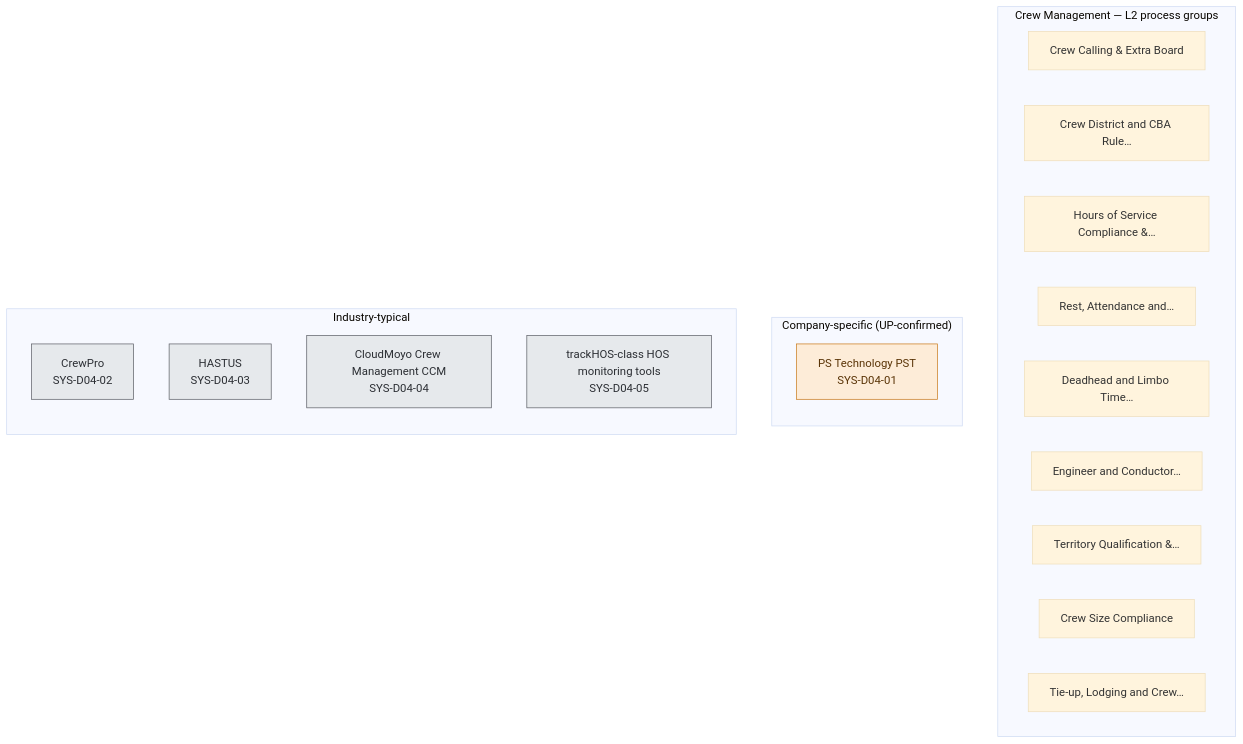
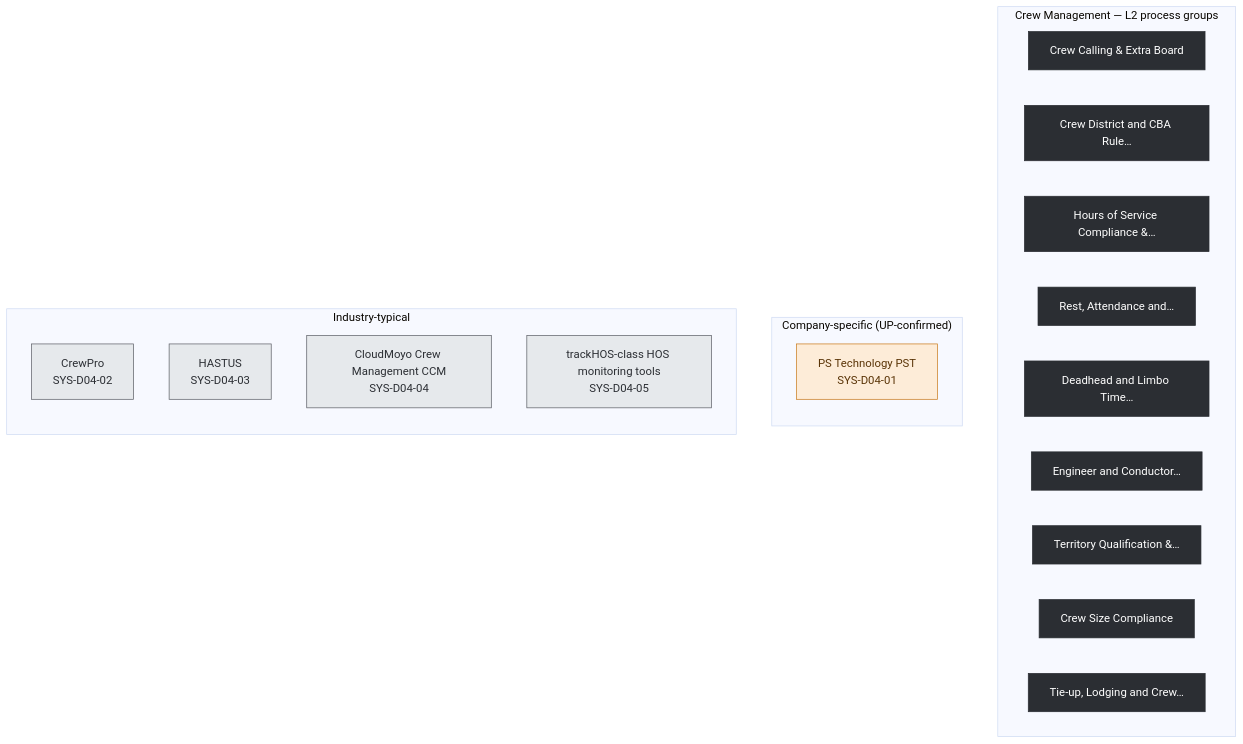
One commit to ghatk047/rail-wiki changed the diagram in ea-diagrams/rr-04-crew-management.mmd. Above: the diagram before and after it, drawn with Mermaid. The commit also changed 474 other files, not shown here.

First line of the commit message:
Fix blurry lightbox zoom; add real usage connectors to EA diagrams

```diff
--- a/ea-diagrams/rr-04-crew-management.mmd
+++ b/ea-diagrams/rr-04-crew-management.mmd
@@ -1,32 +1,35 @@
 %%{init: {'flowchart': {'curve': 'basis'}, 'theme':'base'}}%%
 flowchart TB
 
   subgraph PROCS["Crew Management — L2 process groups"]
     direction LR
-    G1["Crew Calling & Extra Board"]
-    G2["Crew District and CBA Rule…"]
-    G3["Hours of Service Compliance &…"]
-    G4["Rest, Attendance and…"]
-    G5["Deadhead and Limbo Time…"]
-    G6["Engineer and Conductor…"]
-    G7["Territory Qualification &…"]
-    G8["Crew Size Compliance"]
-    G9["Tie-up, Lodging and Crew…"]
+    G1["Crew Calling & Extra Board"]:::l2
+    G2["Crew District and CBA Rule…"]:::l2
+    G3["Hours of Service Compliance &…"]:::l2
+    G4["Rest, Attendance and…"]:::l2
+    G5["Deadhead and Limbo Time…"]:::l2
+    G6["Engineer and Conductor…"]:::l2
+    G7["Territory Qualification &…"]:::l2
+    G8["Crew Size Compliance"]:::l2
+    G9["Tie-up, Lodging and Crew…"]:::l2
   end
 
   subgraph COMPANY["Company-specific (UP-confirmed)"]
     direction TB
     C1["PS Technology PST\nSYS-D04-01"]:::company
   end
   subgraph INDUSTRY["Industry-typical"]
     direction TB
     I1["CrewPro\nSYS-D04-02"]:::industry
     I2["HASTUS\nSYS-D04-03"]:::industry
     I3["CloudMoyo Crew Management CCM\nSYS-D04-04"]:::industry
     I4["trackHOS-class HOS monitoring tools\nSYS-D04-05"]:::industry
   end
 
+  %% No generated process yet cites a system in this domain -- no usage edges to draw
+
+classDef l2 fill:#2b2e33,color:#fff,stroke:#2b2e33
 classDef company fill:#fdecd8,stroke:#c8791a,color:#5a3407
 classDef industry fill:#e6e9ec,stroke:#5c5f66,color:#2b2e33
 classDef other fill:#f2f2f0,stroke:#9a9da3,color:#3d4348
 classDef empty fill:#fff4e5,stroke:#c8791a,color:#5a3407,stroke-dasharray: 4 3
```
